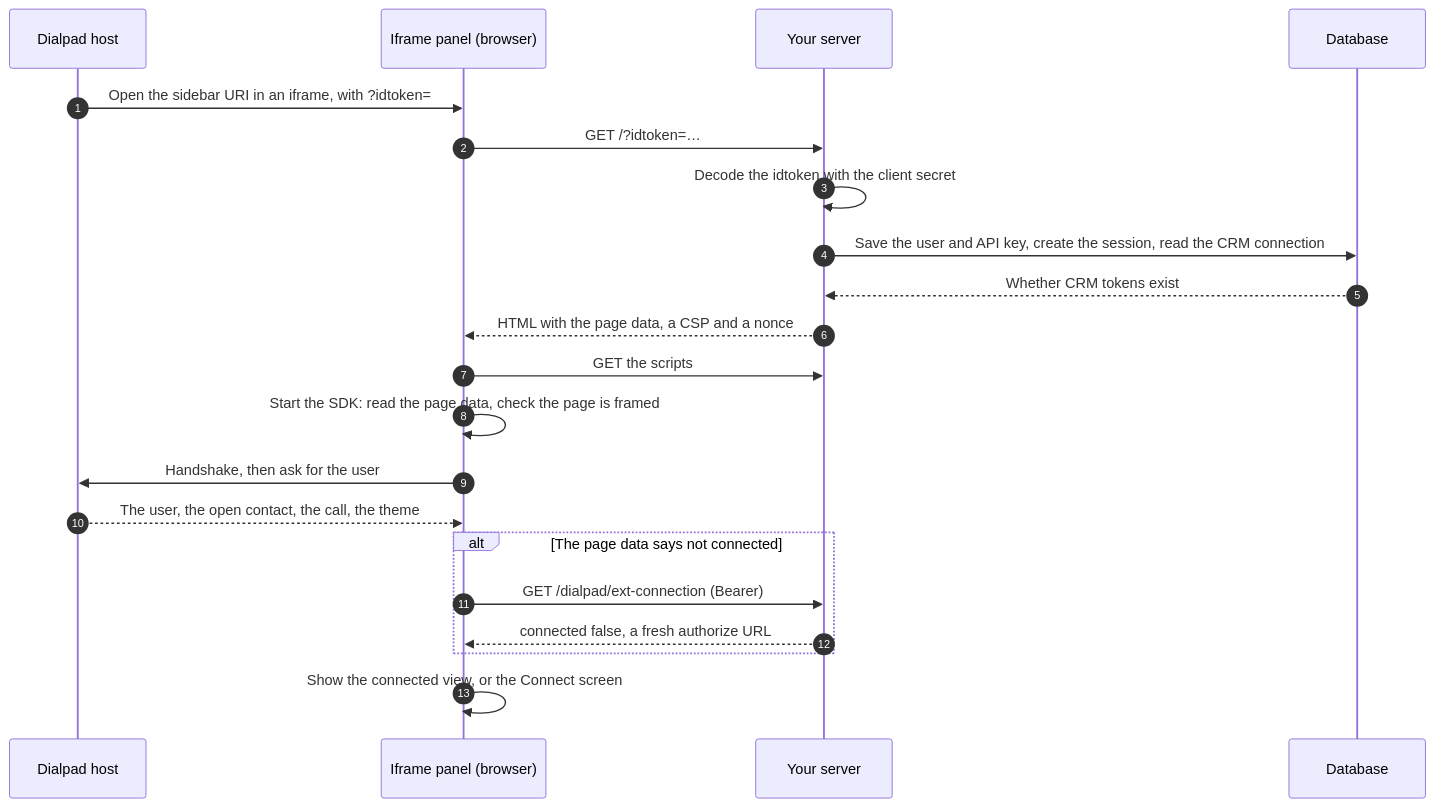
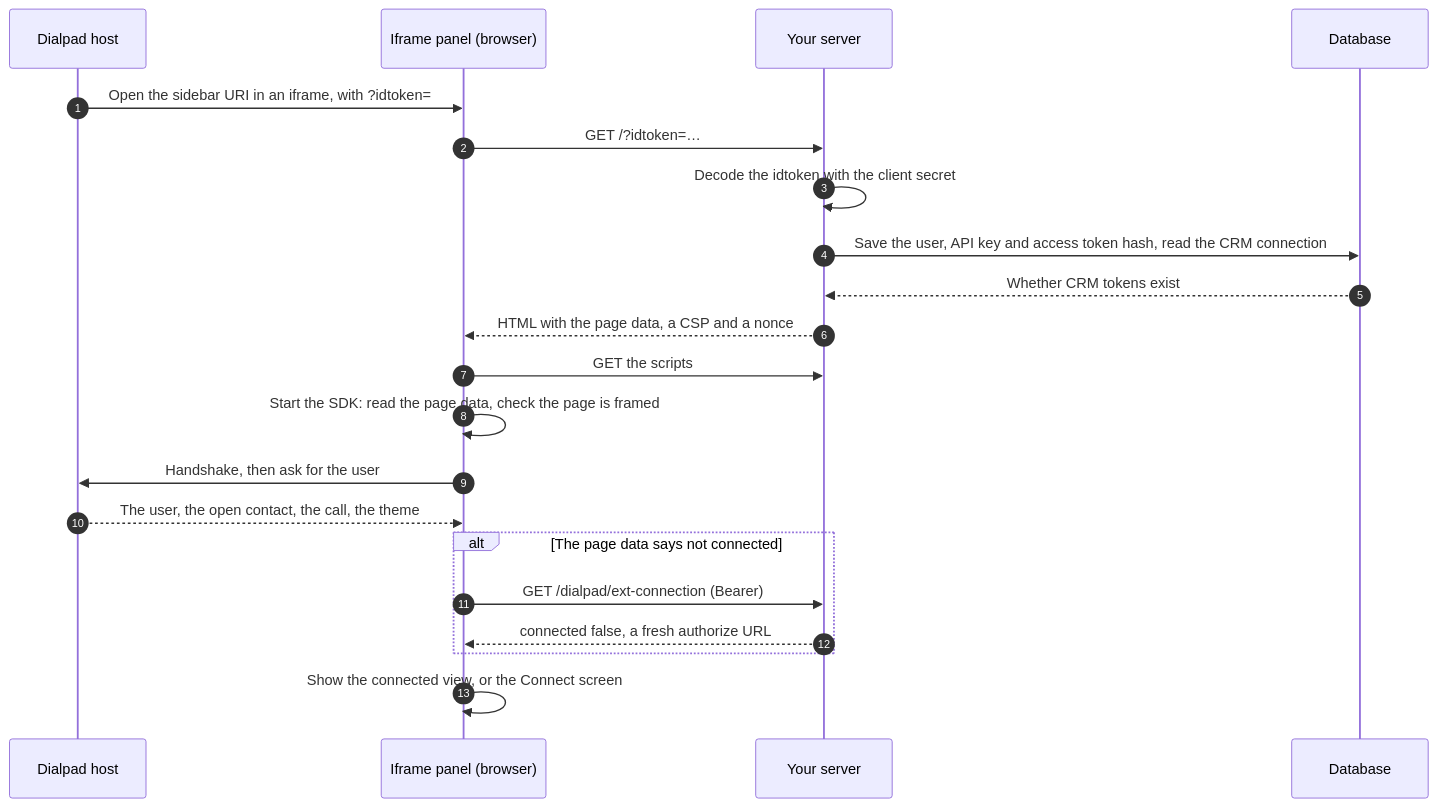
The second of 2 diagrams in guide/03-load-the-panel-page.md (dialpad/sample-dialapp-external), drawn with Mermaid before and after one commit. The commit also changed other lines of this file and 63 other files, not shown here.

````diff
--- a/guide/03-load-the-panel-page.md
+++ b/guide/03-load-the-panel-page.md
@@ -26,24 +26,24 @@
 ```mermaid
 sequenceDiagram
   autonumber
   participant D as Dialpad host
   participant B as Iframe panel (browser)
   participant S as Your server
   participant DB as Database
 
   D->>B: Open the sidebar URI in an iframe, with ?idtoken=
   B->>S: GET /?idtoken=…
   S->>S: Decode the idtoken with the client secret
-  S->>DB: Save the user and API key, create the session, read the CRM connection
+  S->>DB: Save the user, API key and access token hash, read the CRM connection
   DB-->>S: Whether CRM tokens exist
   S-->>B: HTML with the page data, a CSP and a nonce
   B->>S: GET the scripts
   B->>B: Start the SDK: read the page data, check the page is framed
   B->>D: Handshake, then ask for the user
   D-->>B: The user, the open contact, the call, the theme
   alt The page data says not connected
     B->>S: GET /dialpad/ext-connection (Bearer)
     S-->>B: connected false, a fresh authorize URL
   end
   B->>B: Show the connected view, or the Connect screen
 ```
````
